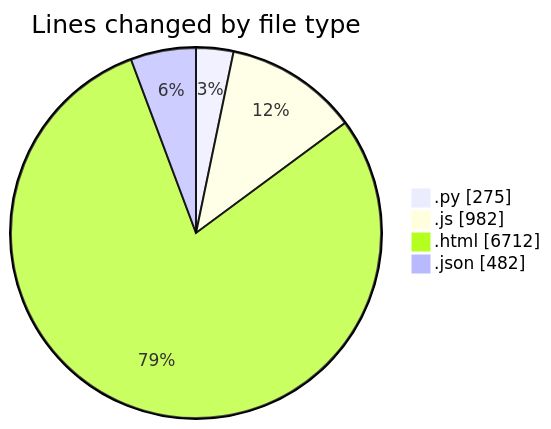
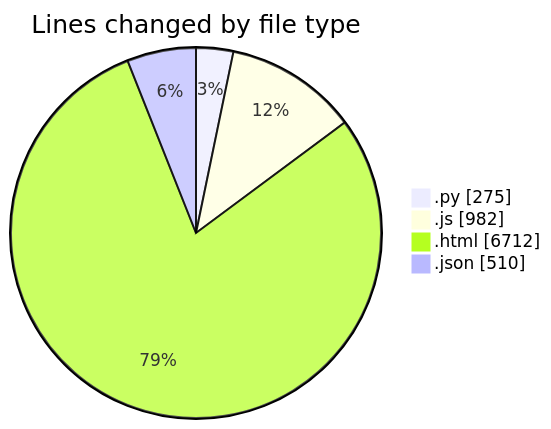
One commit to shibass792/code-tracking changed the first of 2 diagrams in 2026-07-09/twenty_versions_aminor/README.md. Above: the diagram before and after it, drawn with Mermaid. The commit also changed other lines of this file and 1 other file, not shown here.

````diff
--- a/2026-07-09/twenty_versions_aminor/README.md
+++ b/2026-07-09/twenty_versions_aminor/README.md
@@ -35,8 +35,8 @@
 ```mermaid
 pie showData
 title Lines changed by file type
 ".py" : 275
 ".js" : 982
 ".html" : 6712
-".json" : 482
+".json" : 510
 ```
````
